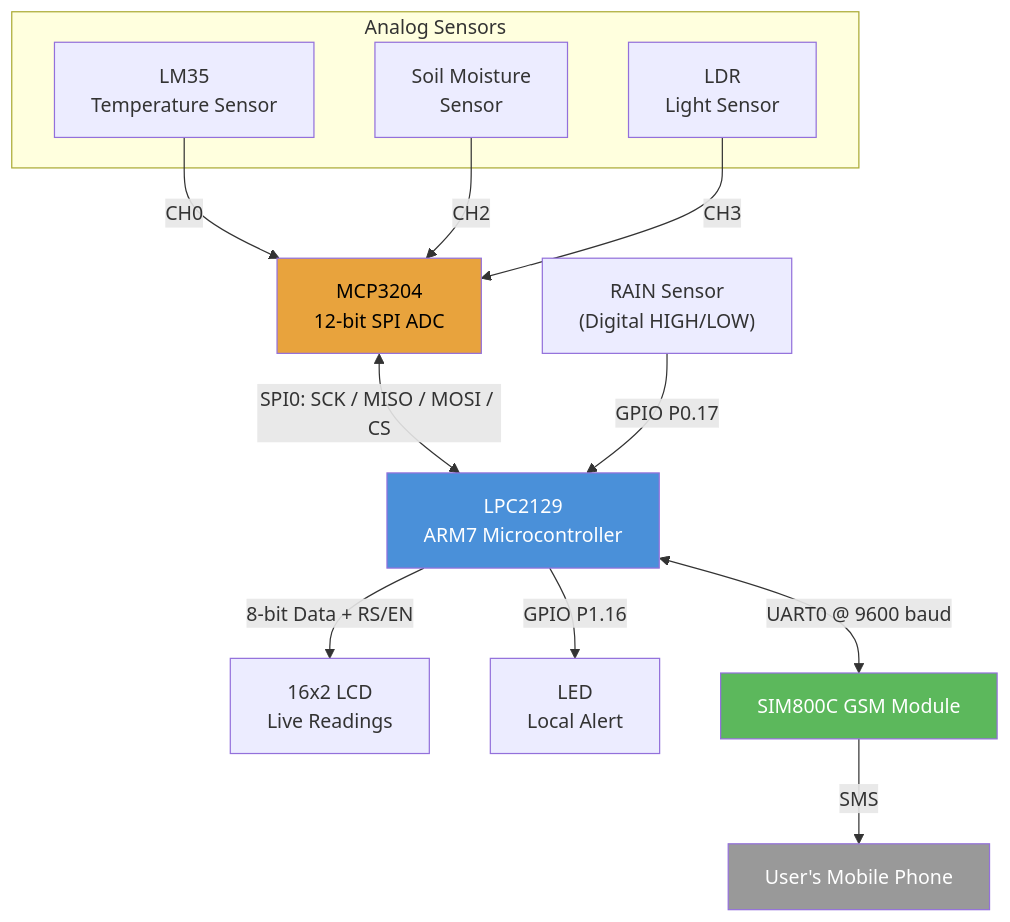
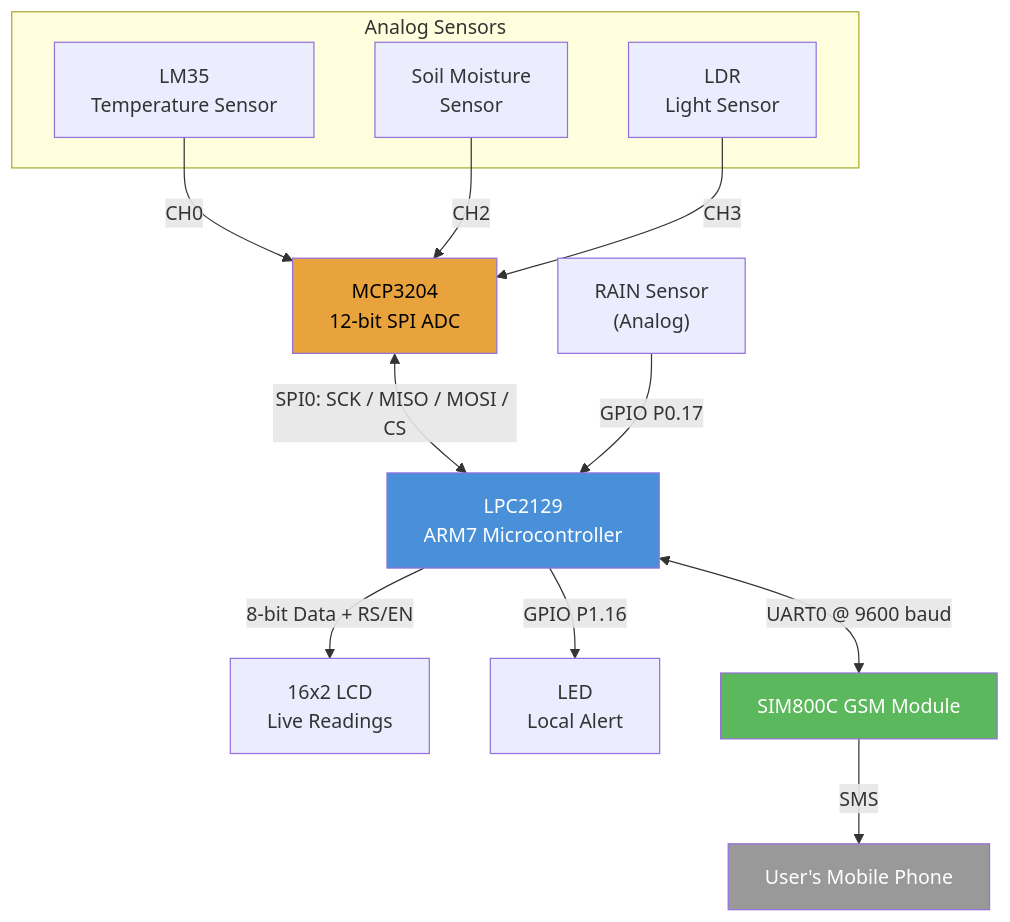
One commit to va092765/Real_time_weather_monitoring_system_SPI changed the diagram in README.md. Above: the diagram before and after it, drawn with Mermaid.

Commit message:
Change RAIN Sensor type from Digital to Analog

````diff
--- a/README.md
+++ b/README.md
@@ -7,27 +7,27 @@
 ```mermaid
 flowchart TB
     subgraph Sensors["Analog Sensors"]
         LM35["LM35\nTemperature Sensor"]
         SOIL["Soil Moisture\nSensor"]
         LDR["LDR\nLight Sensor"]
     end
 
-    IR["RAIN Sensor\n(Digital HIGH/LOW)"]
+    IR["RAIN Sensor\n(Analog)"]
 
     LM35 -->|CH0| ADC["MCP3204\n12-bit SPI ADC"]
     SOIL -->|CH2| ADC
     LDR -->|CH3| ADC
 
     ADC <-->|SPI0: SCK / MISO / MOSI / CS| MCU["LPC2129\nARM7 Microcontroller"]
     IR -->|GPIO P0.17| MCU
 
     MCU -->|8-bit Data + RS/EN| LCD["16x2 LCD\nLive Readings"]
     MCU -->|GPIO P1.16| ALERT["LED\nLocal Alert"]
     MCU <-->|UART0 @ 9600 baud| GSM["SIM800C GSM Module"]
     GSM -->|SMS| PHONE["User's Mobile Phone"]
 
     style MCU fill:#4a90d9,color:#fff
     style ADC fill:#e8a33d,color:#000
     style GSM fill:#5cb85c,color:#fff
     style PHONE fill:#999,color:#fff
 ```
````
